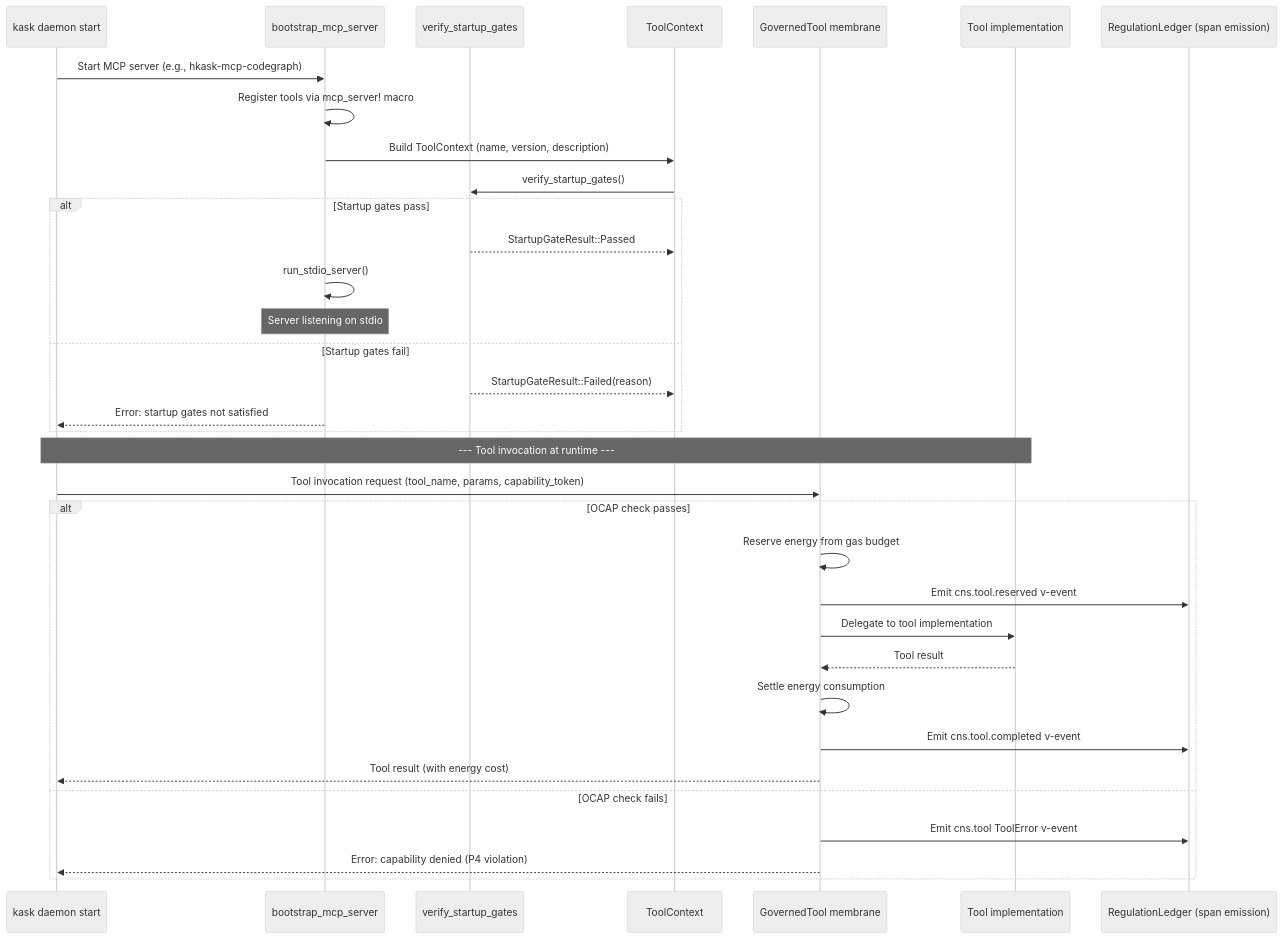
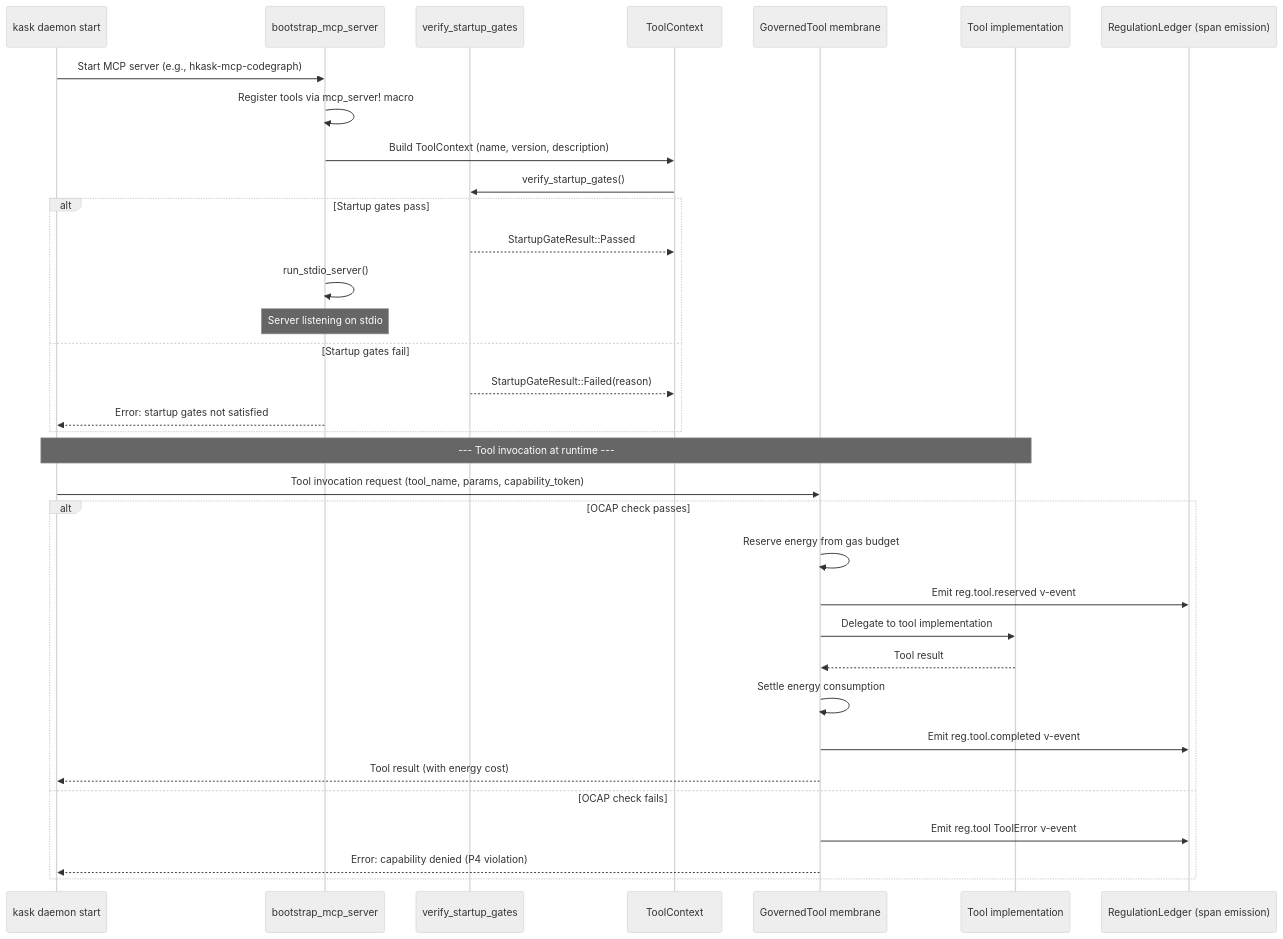
One commit to mdz-axo/hKask changed diagram 15 of 15 in docs/explanation/architecture-patterns.md. Above: the diagram before and after it, drawn with Mermaid (neutral theme). The commit also changed other lines of this file and 68 other files, not shown here.

First line of the commit message:
Rename CNS to Regulation across docs

````diff
--- a/docs/explanation/architecture-patterns.md
+++ b/docs/explanation/architecture-patterns.md
@@ -2239,41 +2239,41 @@
 ```mermaid
 sequenceDiagram
     participant CLI as kask daemon start
     participant BOOT as bootstrap_mcp_server
     participant GATES as verify_startup_gates
     participant CTX as ToolContext
     participant OCAP as GovernedTool membrane
     participant TOOL as Tool implementation
-    participant CNS as RegulationLedger (span emission)
+    participant Regulation as RegulationLedger (span emission)
 
     CLI->>BOOT: Start MCP server (e.g., hkask-mcp-codegraph)
     BOOT->>BOOT: Register tools via mcp_server! macro
     BOOT->>CTX: Build ToolContext (name, version, description)
     CTX->>GATES: verify_startup_gates()
     
     alt Startup gates pass
         GATES-->>CTX: StartupGateResult::Passed
         BOOT->>BOOT: run_stdio_server()
         Note over BOOT: Server listening on stdio
     else Startup gates fail
         GATES-->>CTX: StartupGateResult::Failed(reason)
         BOOT-->>CLI: Error: startup gates not satisfied
     end
 
     Note over CLI,TOOL: --- Tool invocation at runtime ---
 
     CLI->>OCAP: Tool invocation request (tool_name, params, capability_token)
     
     alt OCAP check passes
         OCAP->>OCAP: Reserve energy from gas budget
-        OCAP->>CNS: Emit cns.tool.reserved ν-event
+        OCAP->>Regulation: Emit reg.tool.reserved ν-event
         OCAP->>TOOL: Delegate to tool implementation
         TOOL-->>OCAP: Tool result
         OCAP->>OCAP: Settle energy consumption
-        OCAP->>CNS: Emit cns.tool.completed ν-event
+        OCAP->>Regulation: Emit reg.tool.completed ν-event
         OCAP-->>CLI: Tool result (with energy cost)
     else OCAP check fails
-        OCAP->>CNS: Emit cns.tool ToolError ν-event
+        OCAP->>Regulation: Emit reg.tool ToolError ν-event
         OCAP-->>CLI: Error: capability denied (P4 violation)
     end
 ```
````
